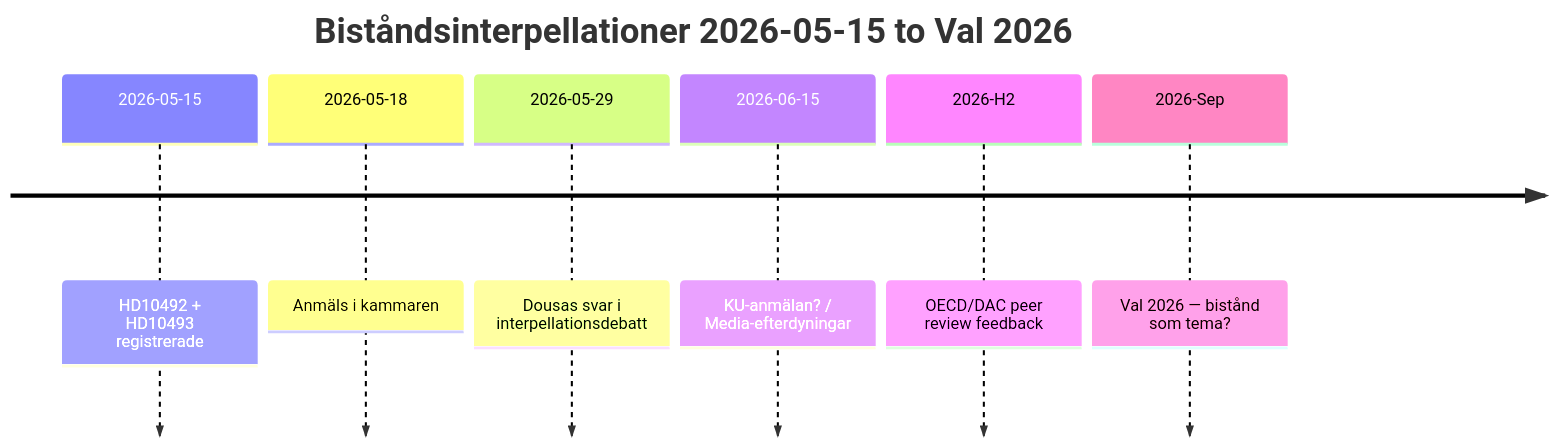
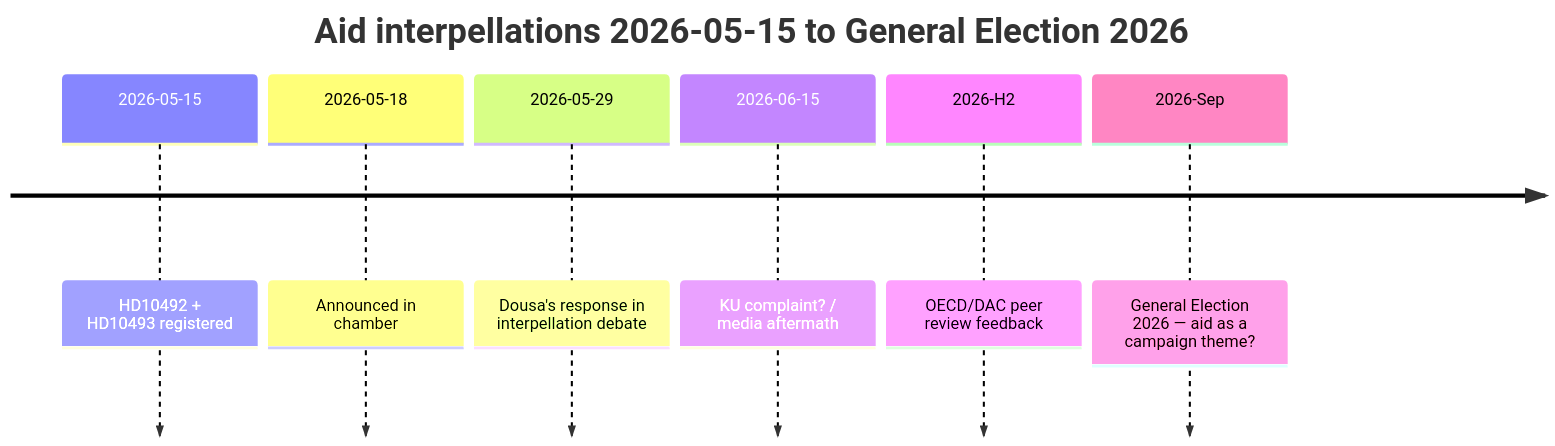
Before and after one commit to Hack23/riksdagsmonitor: the diagram in analysis/daily/2026-05-15/interpellations/executive-brief.md, drawn with Mermaid. The commit also changed other lines of this file and 6 other files, not shown here.

````diff
--- a/analysis/daily/2026-05-15/interpellations/executive-brief.md
+++ b/analysis/daily/2026-05-15/interpellations/executive-brief.md
@@ -40,10 +40,10 @@
 ```mermaid
 timeline
-    title Biståndsinterpellationer 2026-05-15 to Val 2026
-    2026-05-15 : HD10492 + HD10493 registrerade
-    2026-05-18 : Anmäls i kammaren
-    2026-05-29 : Dousas svar i interpellationsdebatt
-    2026-06-15 : KU-anmälan? / Media-efterdyningar
+    title Aid interpellations 2026-05-15 to General Election 2026
+    2026-05-15 : HD10492 + HD10493 registered
+    2026-05-18 : Announced in chamber
+    2026-05-29 : Dousa's response in interpellation debate
+    2026-06-15 : KU complaint? / media aftermath
     2026-H2 : OECD/DAC peer review feedback
-    2026-Sep : Val 2026 — bistånd som tema?
+    2026-Sep : General Election 2026 — aid as a campaign theme?
 ```
````
